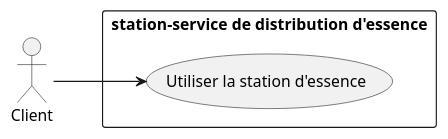
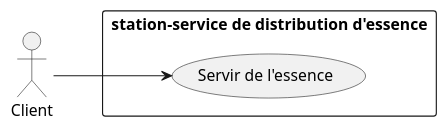
One commit to MonsieurClavett/1SY-AnalyseObjet changed the diagram in UML/Exercices01/question01.2.wsd. Above: the diagram before and after it, drawn with PlantUML. The commit also changed 4 other files, not shown here.

```diff
--- a/UML/Exercices01/question01.2.wsd
+++ b/UML/Exercices01/question01.2.wsd
@@ -1,12 +1,12 @@
 @startuml
 left to right direction
 
 actor Client
 
 rectangle "station-service de distribution d'essence" {
-    usecase "Utiliser la station d'essence" as UC1
+    usecase "Servir de l'essence" as UC1
 }
 
 Client --> UC1
 
 @enduml
```
